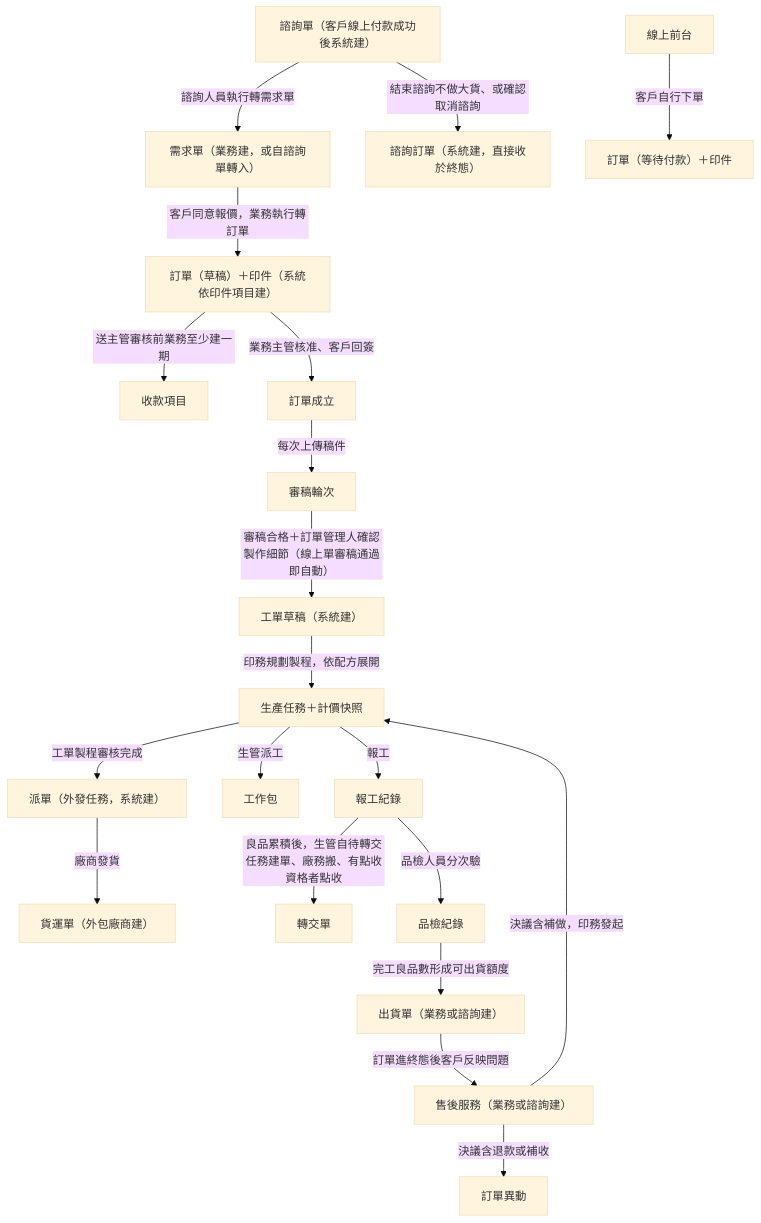
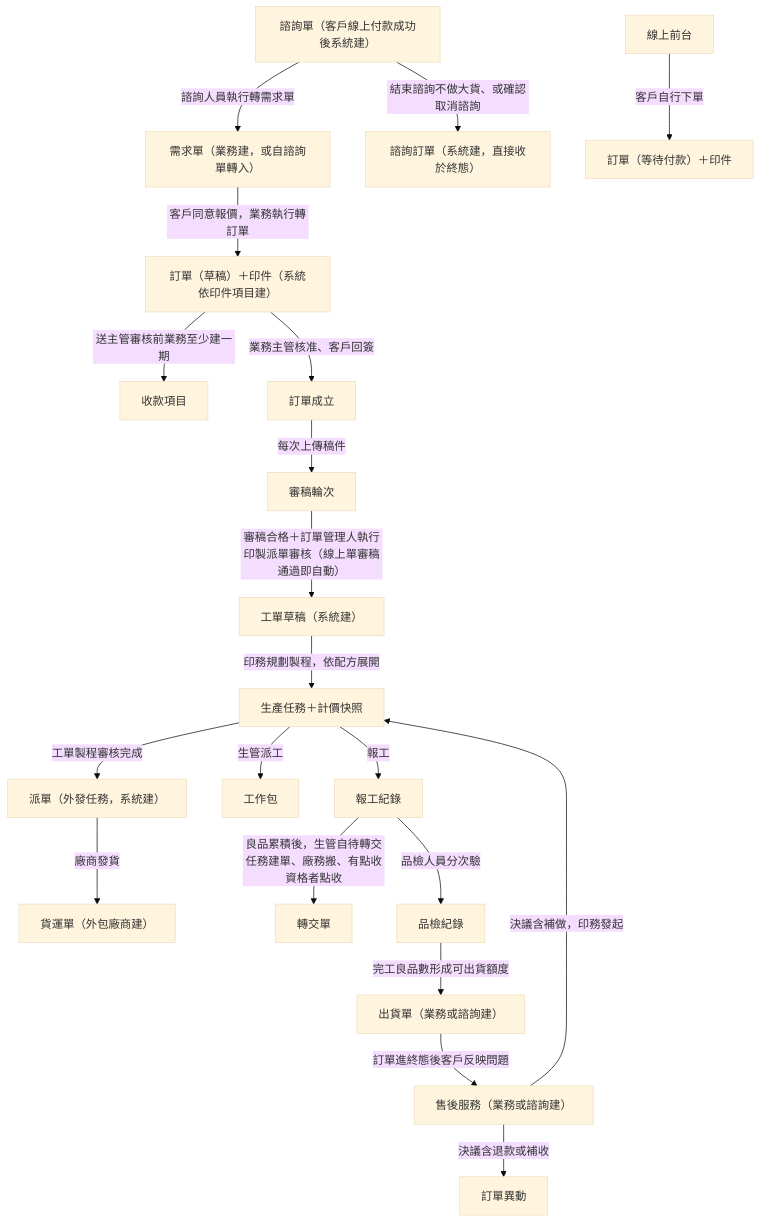
One commit to Kawato-Miles/erp-spec changed the sixth of 9 diagrams in memory/Sens_wiki/wiki/erp/05-entities/ERP 資料結構總覽.md. Above: the diagram before and after it, drawn with Mermaid (base theme). The commit also changed 20 other files, not shown here.

````diff
--- a/memory/Sens_wiki/wiki/erp/05-entities/ERP 資料結構總覽.md
+++ b/memory/Sens_wiki/wiki/erp/05-entities/ERP 資料結構總覽.md
@@ -209,22 +209,22 @@
 ```mermaid
 flowchart TD
     A["諮詢單（客戶線上付款成功後系統建）"] -->|"諮詢人員執行轉需求單"| B["需求單（業務建，或自諮詢單轉入）"]
     A -->|"結束諮詢不做大貨、或確認取消諮詢"| C["諮詢訂單（系統建，直接收於終態）"]
     B -->|"客戶同意報價，業務執行轉訂單"| D["訂單（草稿）＋印件（系統依印件項目建）"]
     E["線上前台"] -->|"客戶自行下單"| D2["訂單（等待付款）＋印件"]
     D -->|"送主管審核前業務至少建一期"| P["收款項目"]
     D -->|"業務主管核准、客戶回簽"| D3["訂單成立"]
     D3 -->|"每次上傳稿件"| R["審稿輪次"]
-    R -->|"審稿合格＋訂單管理人確認製作細節（線上單審稿通過即自動）"| W["工單草稿（系統建）"]
+    R -->|"審稿合格＋訂單管理人執行印製派單審核（線上單審稿通過即自動）"| W["工單草稿（系統建）"]
     W -->|"印務規劃製程，依配方展開"| T["生產任務＋計價快照"]
     T -->|"工單製程審核完成"| PD["派單（外發任務，系統建）"]
     T -->|"生管派工"| WP["工作包"]
     PD -->|"廠商發貨"| SH["貨運單（外包廠商建）"]
     RP -->|"良品累積後，生管自待轉交任務建單、廠務搬、有點收資格者點收"| TR["轉交單"]
     T -->|"報工"| RP["報工紀錄"]
     RP -->|"品檢人員分次驗"| QC["品檢紀錄"]
     QC -->|"完工良品數形成可出貨額度"| SO["出貨單（業務或諮詢建）"]
     SO -->|"訂單進終態後客戶反映問題"| AS["售後服務（業務或諮詢建）"]
     AS -->|"決議含退款或補收"| ADJ["訂單異動"]
     AS -->|"決議含補做，印務發起"| T
 ```
````
